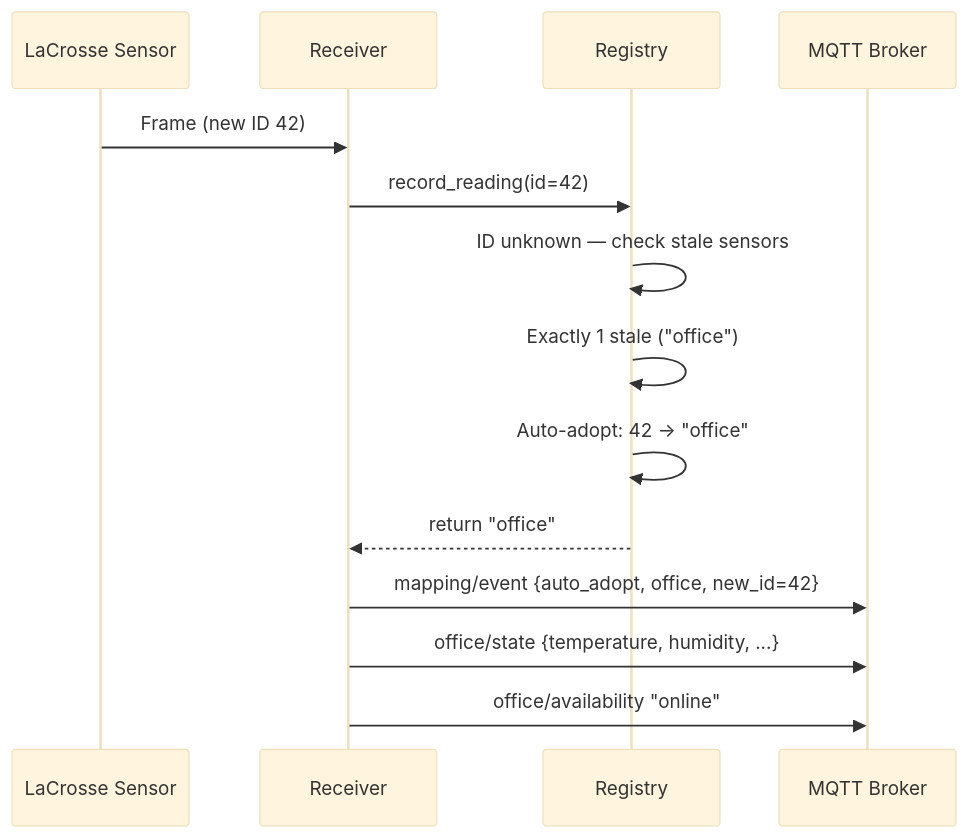
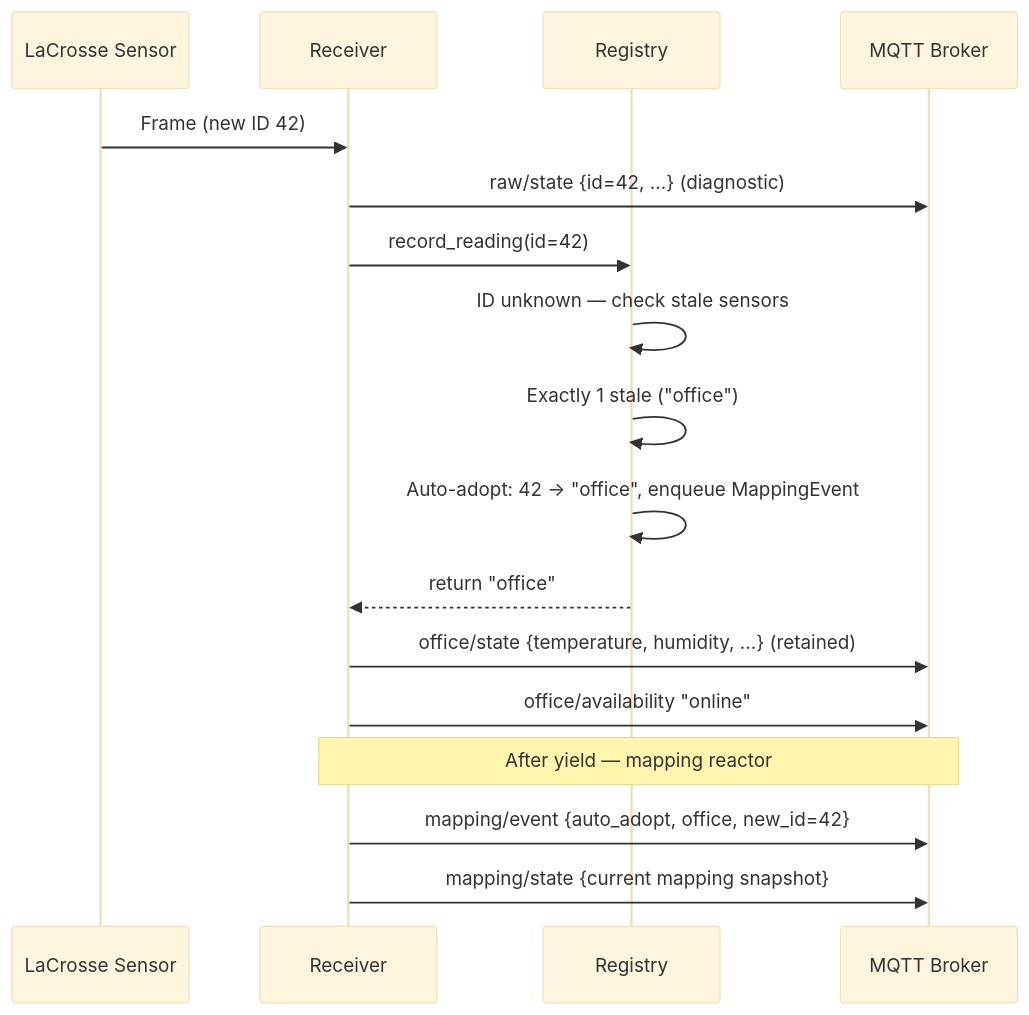
One commit to ff-fab/cosalette-apps changed the diagram in apps/jeelink2mqtt/docs/user-guide.md. Above: the diagram before and after it, drawn with Mermaid (base theme). The commit also changed other lines of this file and 18 other files, not shown here.

````diff
--- a/apps/jeelink2mqtt/docs/user-guide.md
+++ b/apps/jeelink2mqtt/docs/user-guide.md
@@ -22,17 +50,20 @@
 ```mermaid
 sequenceDiagram
     participant S as LaCrosse Sensor
     participant R as Receiver
     participant Reg as Registry
     participant M as MQTT Broker
 
     S->>R: Frame (new ID 42)
+    R->>M: raw/state {id=42, ...} (diagnostic)
     R->>Reg: record_reading(id=42)
     Reg->>Reg: ID unknown — check stale sensors
     Reg->>Reg: Exactly 1 stale ("office")
-    Reg->>Reg: Auto-adopt: 42 → "office"
+    Reg->>Reg: Auto-adopt: 42 → "office", enqueue MappingEvent
     Reg-->>R: return "office"
+    R->>M: office/state {temperature, humidity, ...} (retained)
+    R->>M: office/availability "online"
+    Note over R,M: After yield — mapping reactor
     R->>M: mapping/event {auto_adopt, office, new_id=42}
-    R->>M: office/state {temperature, humidity, ...}
-    R->>M: office/availability "online"
+    R->>M: mapping/state {current mapping snapshot}
 ```
````
